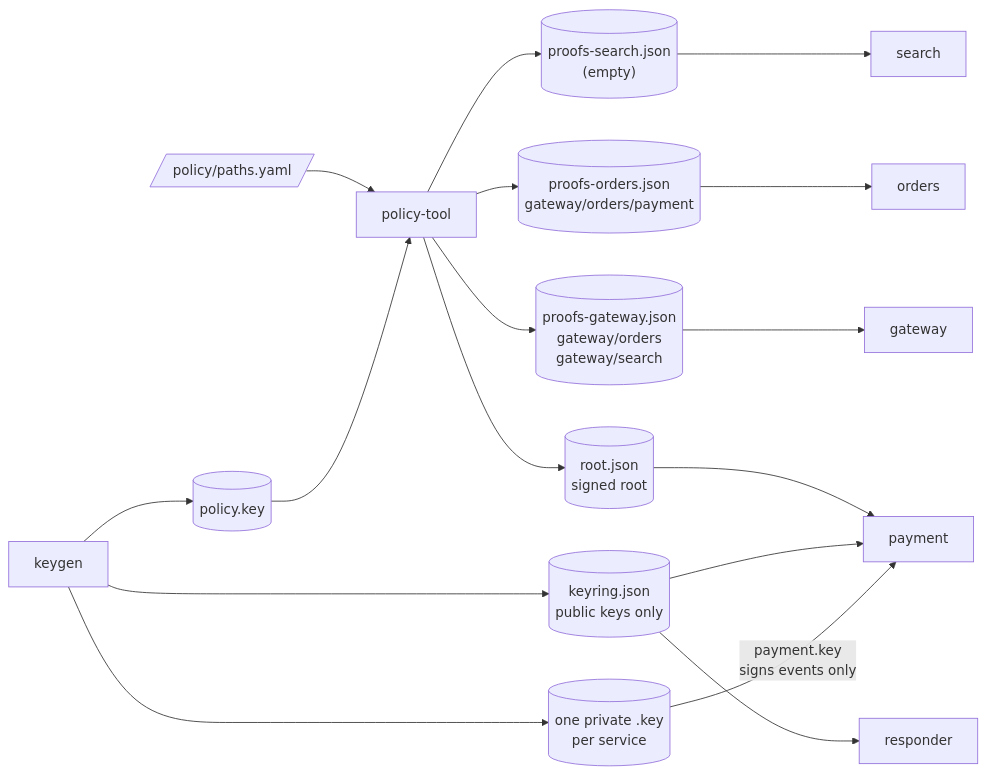
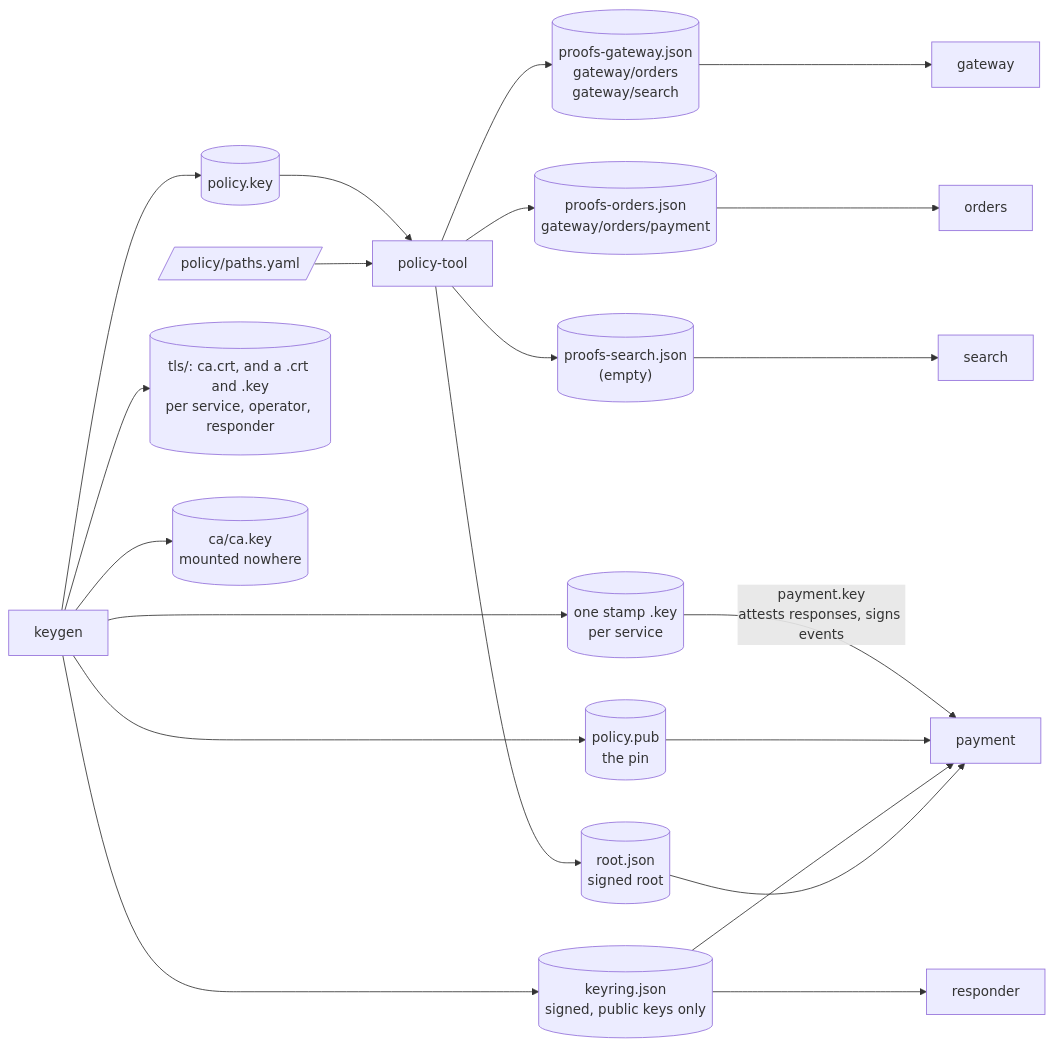
Before and after one commit to dumbsly/paztport: the third of 6 diagrams in poc-demos/java-mesh/README.md, drawn with Mermaid. The commit also changed other lines of this file and 8 other files, not shown here.

````diff
--- a/poc-demos/java-mesh/README.md
+++ b/poc-demos/java-mesh/README.md
@@ -94,21 +107,25 @@
 ```mermaid
 flowchart LR
     paths[/"policy/paths.yaml"/] --> pt["policy-tool"]
     kg["keygen"] --> polkey[("policy.key")]
     polkey --> pt
-    kg --> keyring[("keyring.json<br/>public keys only")]
-    kg --> privkeys[("one private .key<br/>per service")]
+    kg --> keyring[("keyring.json<br/>signed, public keys only")]
+    kg --> pin[("policy.pub<br/>the pin")]
+    kg --> privkeys[("one stamp .key<br/>per service")]
+    kg --> tls[("tls/: ca.crt, and a .crt and .key<br/>per service, operator, responder")]
+    kg --> cakey[("ca/ca.key<br/>mounted nowhere")]
 
     pt --> root[("root.json<br/>signed root")]
     pt --> bg[("proofs-gateway.json<br/>gateway/orders<br/>gateway/search")]
     pt --> bo[("proofs-orders.json<br/>gateway/orders/payment")]
     pt --> bs[("proofs-search.json<br/>(empty)")]
 
     root --> payment["payment"]
     keyring --> payment
-    privkeys -->|"payment.key<br/>signs events only"| payment
+    pin --> payment
+    privkeys -->|"payment.key<br/>attests responses, signs events"| payment
     keyring --> responder["responder"]
     bg --> gateway["gateway"]
     bo --> orders["orders"]
     bs --> search["search"]
 ```
````
